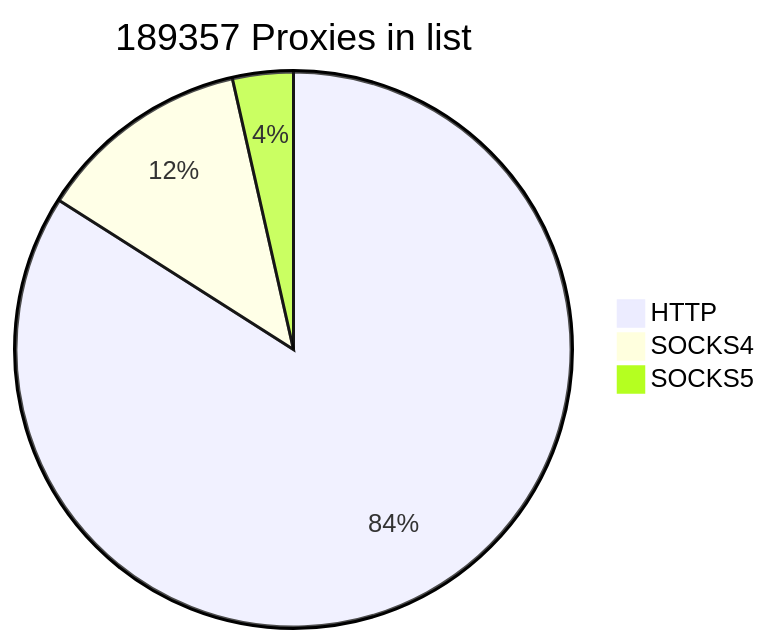
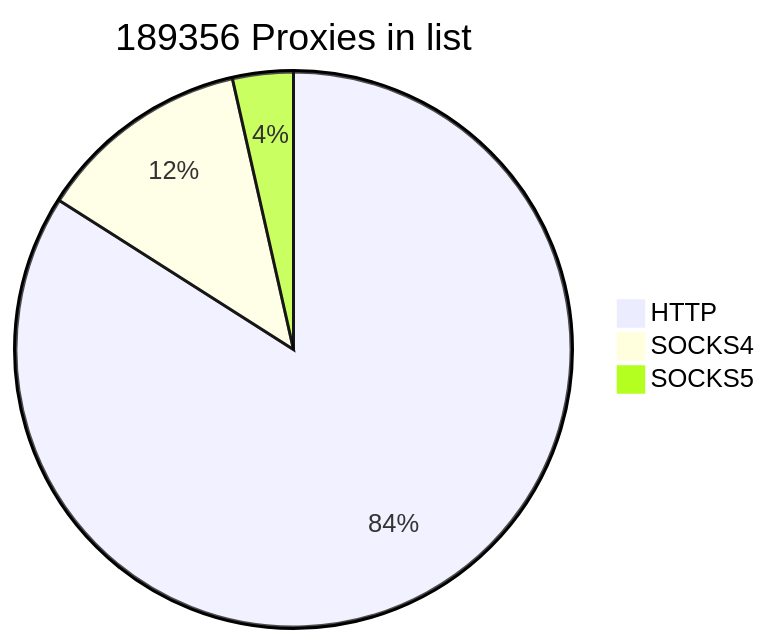
The first of 2 diagrams in README.md (cutipu/proxylist), drawn with Mermaid before and after one commit. The commit also changed other lines of this file, not shown here.

````diff
--- a/README.md
+++ b/README.md
@@ -2,7 +2,7 @@
 ```mermaid
-pie title 189357 Proxies in list
+pie title 189356 Proxies in list
     "HTTP" : 159099
-    "SOCKS4" : 23572
+    "SOCKS4" : 23571
     "SOCKS5" : 6686
             
 ```
````
